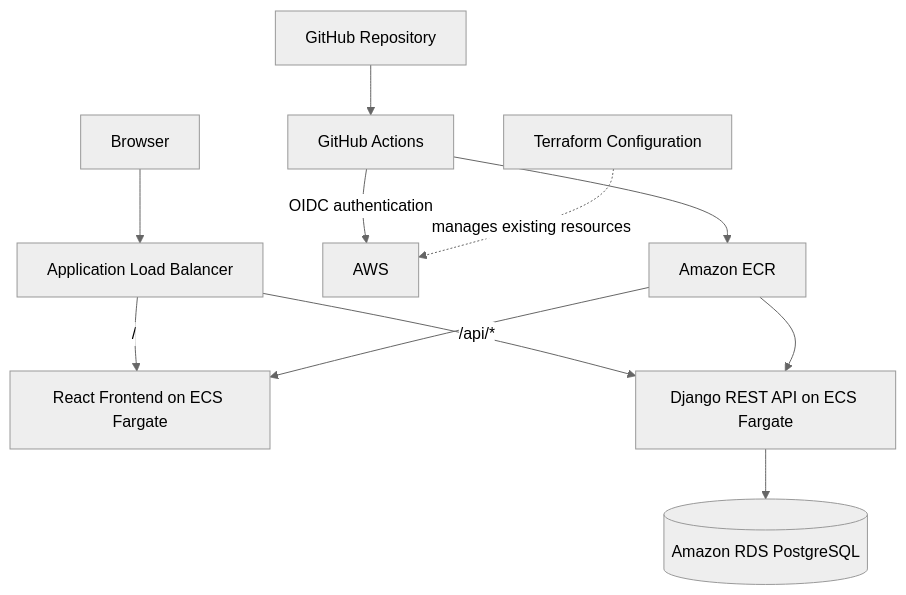
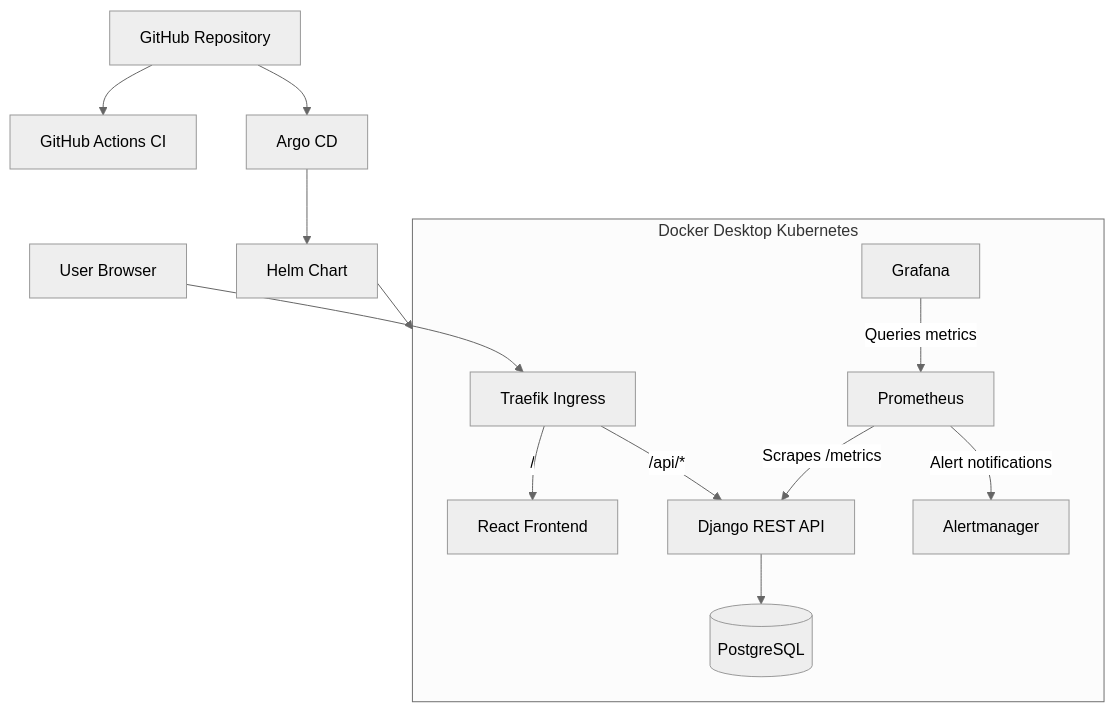
The diagram in README.md (Vishalkumar0509/cloudforge), drawn with Mermaid (neutral theme) before and after one commit. The commit also changed other lines of this file, not shown here.

````diff
--- a/README.md
+++ b/README.md
@@ -22,13 +42,36 @@
 ```mermaid
 flowchart TD
-    User[Browser] --> ALB[Application Load Balancer]
-    ALB -->|/| Frontend[React Frontend on ECS Fargate]
-    ALB -->|/api/*| Backend[Django REST API on ECS Fargate]
-    Backend --> RDS[(Amazon RDS PostgreSQL)]
-    GitHub[GitHub Repository] --> Actions[GitHub Actions]
-    Actions -->|OIDC authentication| AWS[AWS]
-    Actions --> ECR[Amazon ECR]
-    ECR --> Backend
-    ECR --> Frontend
-    Terraform[Terraform Configuration] -. manages existing resources .-> AWS
+    User[User Browser]
+
+    subgraph K8S["Docker Desktop Kubernetes"]
+        Traefik[Traefik Ingress]
+
+        Frontend[React Frontend]
+        Backend[Django REST API]
+        DB[(PostgreSQL)]
+
+        Prom[Prometheus]
+        Grafana[Grafana]
+        Alert[Alertmanager]
+
+        Traefik -->|/| Frontend
+        Traefik -->|/api/*| Backend
+        Backend --> DB
+
+        Prom -->|Scrapes /metrics| Backend
+        Prom -->|Alert notifications| Alert
+        Grafana -->|Queries metrics| Prom
+    end
+
+    GitHub[GitHub Repository]
+    Actions[GitHub Actions CI]
+    Argo[Argo CD]
+    Helm[Helm Chart]
+
+    User --> Traefik
+
+    GitHub --> Actions
+    GitHub --> Argo
+    Argo --> Helm
+    Helm --> K8S
 ```
````
